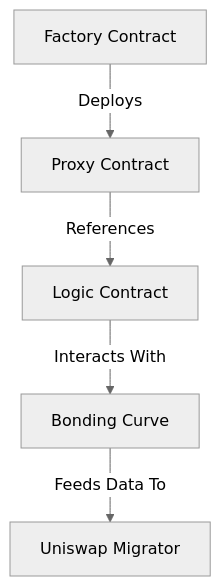
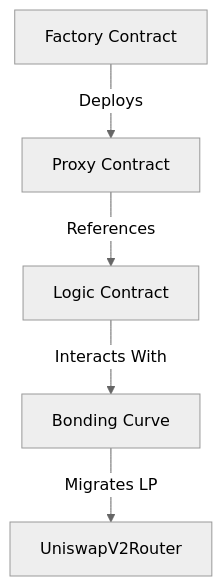
The diagram in README.md (kirilradkov14/launchpad-contracts), drawn with Mermaid (neutral theme) before and after one commit. The commit also changed other lines of this file, not shown here.

````diff
--- a/README.md
+++ b/README.md
@@ -39,9 +38,9 @@
 ```mermaid
 
 graph TD;
     A[Factory Contract] -->|Deploys| B[Proxy Contract];
     B -->|References| C[Logic Contract];
     C -->|Interacts With| D[Bonding Curve];
-    D -->|Feeds Data To| E[Uniswap Migrator];
+    D -->|Migrates LP| E[UniswapV2Router];
 
 ```
````
